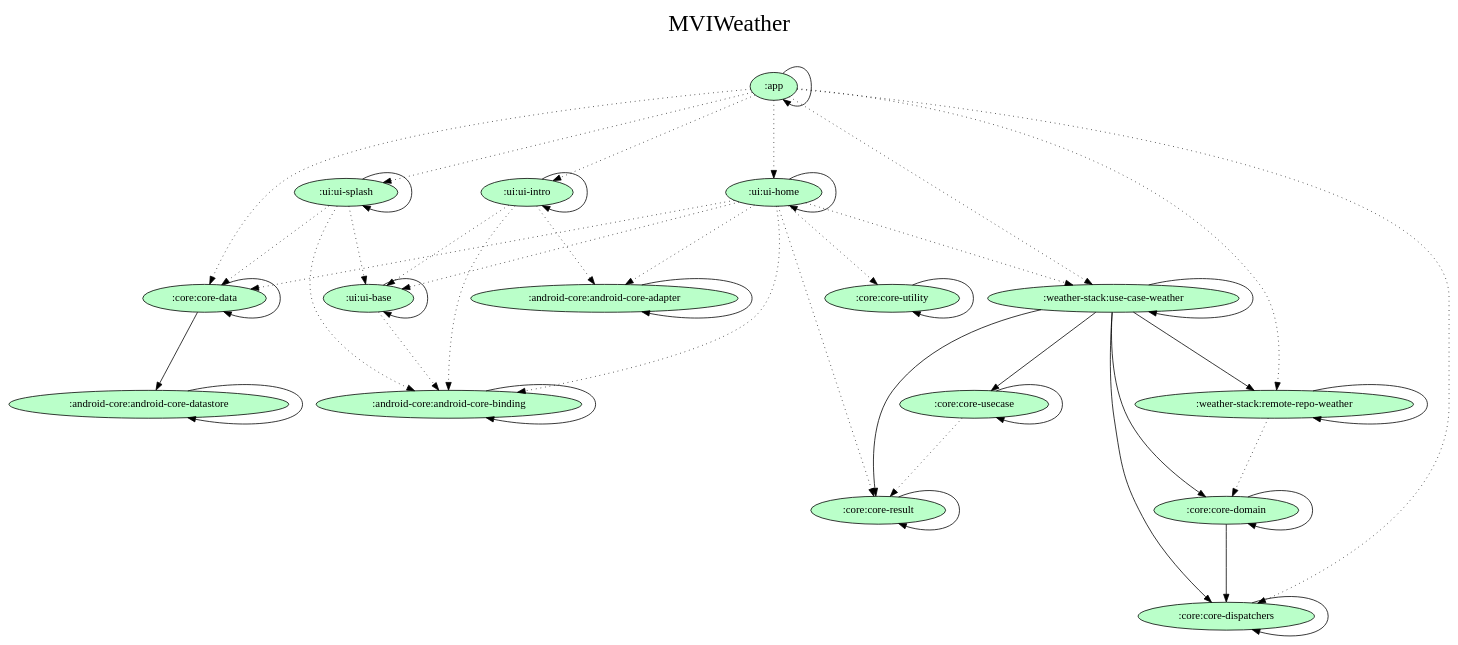
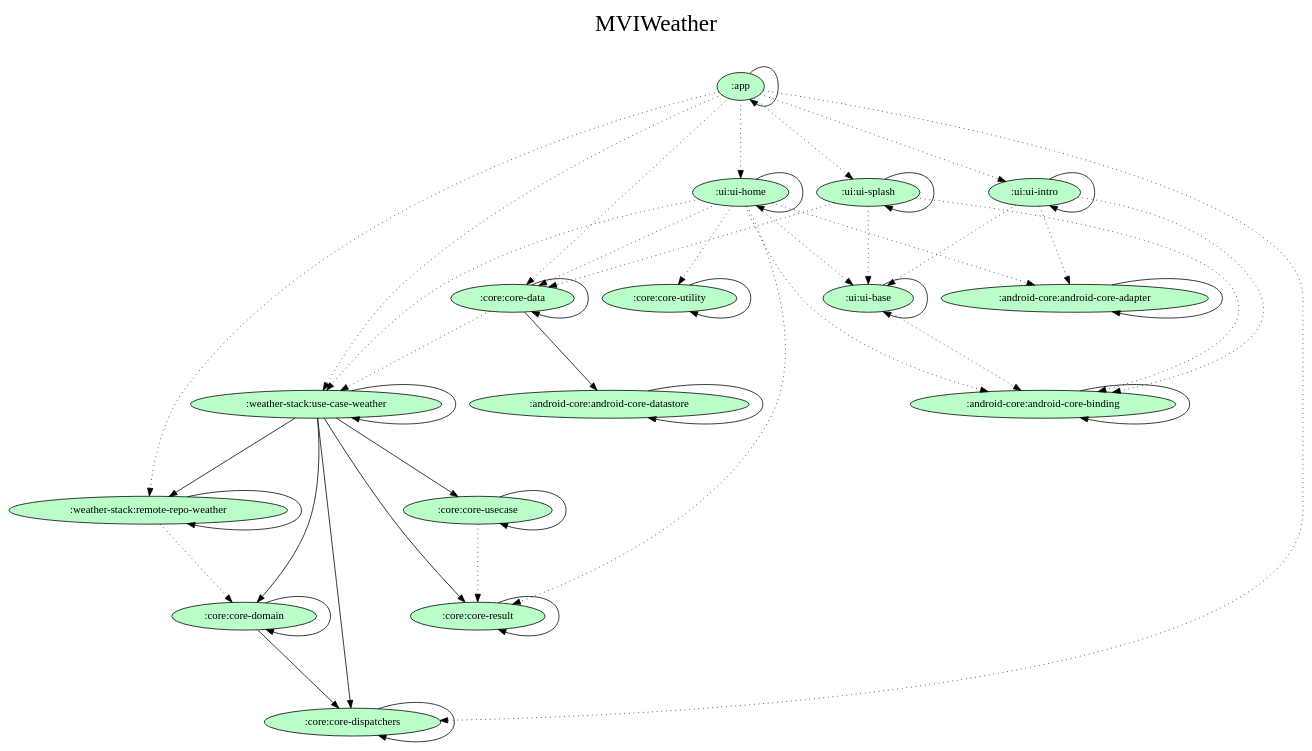
The diagram in gradle/dependency-graph/project.dot (NXAN2901/mvi-coroutine), drawn with Graphviz before and after one commit. The commit also changed 1 other file, not shown here.

Commit message:
Update dependency graph

```diff
--- a/gradle/dependency-graph/project.dot
+++ b/gradle/dependency-graph/project.dot
@@ -1,75 +1,76 @@
 digraph {
   graph [label="MVIWeather\n ",labelloc=t,fontsize=30,ranksep=1.4];
   node [style=filled, fillcolor="#bbbbbb"];
   rankdir=TB;
 
   # Projects
 
   ":android-core:android-core-adapter" [fillcolor="#baffc9"];
   ":android-core:android-core-binding" [fillcolor="#baffc9"];
   ":android-core:android-core-datastore" [fillcolor="#baffc9"];
   ":app" [fillcolor="#baffc9"];
   ":core:core-data" [fillcolor="#baffc9"];
   ":core:core-dispatchers" [fillcolor="#baffc9"];
   ":core:core-domain" [fillcolor="#baffc9"];
   ":core:core-result" [fillcolor="#baffc9"];
   ":core:core-usecase" [fillcolor="#baffc9"];
   ":core:core-utility" [fillcolor="#baffc9"];
   ":ui:ui-base" [fillcolor="#baffc9"];
   ":ui:ui-home" [fillcolor="#baffc9"];
   ":ui:ui-intro" [fillcolor="#baffc9"];
   ":ui:ui-splash" [fillcolor="#baffc9"];
   ":weather-stack:remote-repo-weather" [fillcolor="#baffc9"];
   ":weather-stack:use-case-weather" [fillcolor="#baffc9"];
 
   {rank = same;}
 
   # Dependencies
 
   ":app" -> ":app"
   ":app" -> ":ui:ui-splash" [style=dotted]
   ":app" -> ":ui:ui-intro" [style=dotted]
   ":app" -> ":ui:ui-home" [style=dotted]
   ":app" -> ":weather-stack:remote-repo-weather" [style=dotted]
   ":app" -> ":core:core-dispatchers" [style=dotted]
   ":app" -> ":core:core-data" [style=dotted]
   ":app" -> ":weather-stack:use-case-weather" [style=dotted]
   ":android-core:android-core-adapter" -> ":android-core:android-core-adapter"
   ":android-core:android-core-binding" -> ":android-core:android-core-binding"
   ":android-core:android-core-datastore" -> ":android-core:android-core-datastore"
   ":core:core-data" -> ":android-core:android-core-datastore"
   ":core:core-data" -> ":core:core-data"
+  ":core:core-data" -> ":weather-stack:use-case-weather" [style=dotted]
   ":core:core-dispatchers" -> ":core:core-dispatchers"
   ":core:core-domain" -> ":core:core-dispatchers"
   ":core:core-domain" -> ":core:core-domain"
   ":core:core-result" -> ":core:core-result"
   ":core:core-usecase" -> ":core:core-usecase"
   ":core:core-usecase" -> ":core:core-result" [style=dotted]
   ":core:core-utility" -> ":core:core-utility"
   ":ui:ui-base" -> ":ui:ui-base"
   ":ui:ui-base" -> ":android-core:android-core-binding" [style=dotted]
   ":ui:ui-home" -> ":ui:ui-home"
   ":ui:ui-home" -> ":ui:ui-base" [style=dotted]
   ":ui:ui-home" -> ":android-core:android-core-binding" [style=dotted]
   ":ui:ui-home" -> ":android-core:android-core-adapter" [style=dotted]
   ":ui:ui-home" -> ":weather-stack:use-case-weather" [style=dotted]
   ":ui:ui-home" -> ":core:core-result" [style=dotted]
   ":ui:ui-home" -> ":core:core-data" [style=dotted]
   ":ui:ui-home" -> ":core:core-utility" [style=dotted]
   ":ui:ui-intro" -> ":ui:ui-intro"
   ":ui:ui-intro" -> ":ui:ui-base" [style=dotted]
   ":ui:ui-intro" -> ":android-core:android-core-binding" [style=dotted]
   ":ui:ui-intro" -> ":android-core:android-core-adapter" [style=dotted]
   ":ui:ui-splash" -> ":ui:ui-splash"
   ":ui:ui-splash" -> ":ui:ui-base" [style=dotted]
   ":ui:ui-splash" -> ":android-core:android-core-binding" [style=dotted]
   ":ui:ui-splash" -> ":core:core-data" [style=dotted]
   ":weather-stack:remote-repo-weather" -> ":weather-stack:remote-repo-weather"
   ":weather-stack:remote-repo-weather" -> ":core:core-domain" [style=dotted]
   ":weather-stack:use-case-weather" -> ":core:core-domain"
   ":weather-stack:use-case-weather" -> ":core:core-dispatchers"
   ":weather-stack:use-case-weather" -> ":core:core-usecase"
   ":weather-stack:use-case-weather" -> ":core:core-result"
   ":weather-stack:use-case-weather" -> ":weather-stack:remote-repo-weather"
   ":weather-stack:use-case-weather" -> ":weather-stack:use-case-weather"
 }
```
